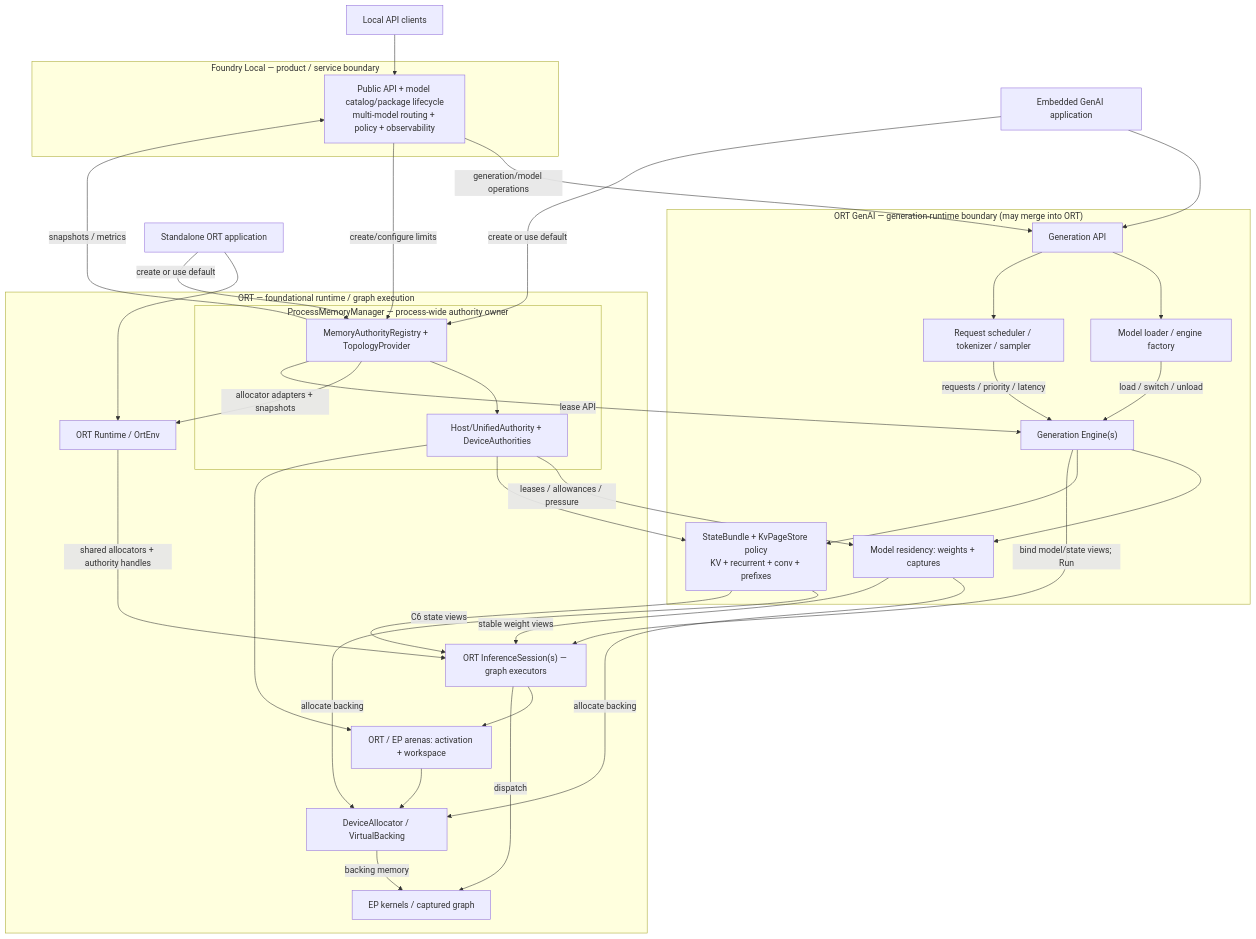
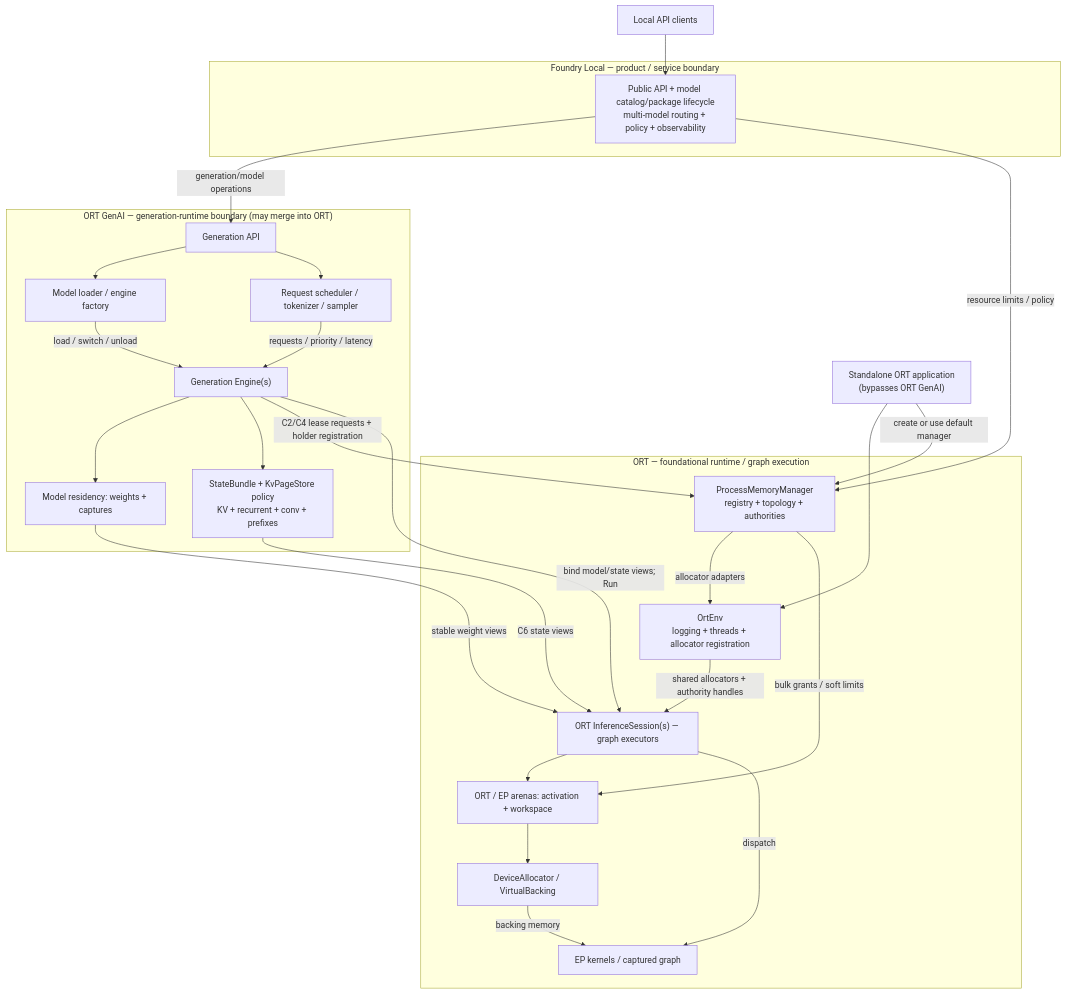
One commit to justinchuby/onnx-genai changed the diagram in docs/MEMORY_MANAGEMENT_MODEL_DESIGN.md. Above: the diagram before and after it, drawn with Mermaid. The commit also changed other lines of this file, not shown here.

Commit message:
docs: make architecture diagram acyclic

````diff
--- a/docs/MEMORY_MANAGEMENT_MODEL_DESIGN.md
+++ b/docs/MEMORY_MANAGEMENT_MODEL_DESIGN.md
@@ -56,60 +56,49 @@
 ```mermaid
 flowchart TD
     Client["Local API clients"] --> Foundry
-    Standalone["Standalone ORT application"] --> Env
-    Embedded["Embedded GenAI application"] --> GenApi
+    Standalone["Standalone ORT application<br/>(bypasses ORT GenAI)"]
 
     subgraph Product["Foundry Local — product / service boundary"]
         Foundry["Public API + model catalog/package lifecycle<br/>multi-model routing + policy + observability"]
     end
 
     subgraph Generation["ORT GenAI — generation-runtime boundary (may merge into ORT)"]
         GenApi["Generation API"]
         ModelRuntime["Model loader / engine factory"]
         RequestRuntime["Request scheduler / tokenizer / sampler"]
         Engine["Generation Engine(s)"]
         Weights["Model residency: weights + captures"]
         State["StateBundle + KvPageStore policy<br/>KV + recurrent + conv + prefixes"]
         GenApi --> ModelRuntime
         GenApi --> RequestRuntime
         ModelRuntime -->|"load / switch / unload"| Engine
         RequestRuntime -->|"requests / priority / latency"| Engine
         Engine --> Weights
         Engine --> State
     end
 
     subgraph ORTCore["ORT — foundational runtime / graph execution"]
-        subgraph Memory["ProcessMemoryManager — process-wide authority owner"]
-            Resources["MemoryAuthorityRegistry + TopologyProvider"]
-            Authorities["Host/UnifiedAuthority + DeviceAuthorities"]
-            Resources --> Authorities
-        end
-        Env["ORT Runtime / OrtEnv"]
+        Memory["ProcessMemoryManager<br/>registry + topology + authorities"]
+        Env["OrtEnv<br/>logging + threads + allocator registration"]
         Session["ORT InferenceSession(s) — graph executors"]
         Arenas["ORT / EP arenas: activation + workspace"]
         Allocators["DeviceAllocator / VirtualBacking"]
         Kernels["EP kernels / captured graph"]
-        Resources -->|"allocator adapters + snapshots"| Env
+        Memory -->|"allocator adapters"| Env
         Env -->|"shared allocators + authority handles"| Session
+        Memory -->|"bulk grants / soft limits"| Arenas
         Session --> Arenas
         Arenas --> Allocators
         Session -->|"dispatch"| Kernels
         Allocators -->|"backing memory"| Kernels
     end
 
     Foundry -->|"generation/model operations"| GenApi
-    Foundry -->|"create/configure limits"| Resources
-    Embedded -->|"create or use default"| Resources
-    Standalone -->|"create or use default"| Resources
-    Resources -->|"snapshots / metrics"| Foundry
-    Resources -->|"lease API"| Engine
+    Foundry -->|"resource limits / policy"| Memory
+    Standalone --> Env
+    Standalone -->|"create or use default manager"| Memory
+    Engine -->|"C2/C4 lease requests + holder registration"| Memory
     Engine -->|"bind model/state views; Run"| Session
-
-    Authorities -->|"leases / allowances / pressure"| Weights
-    Authorities --> State
-    Authorities --> Arenas
-    Weights -->|"allocate backing"| Allocators
-    State -->|"allocate backing"| Allocators
     Weights -->|"stable weight views"| Session
     State -->|"C6 state views"| Session
 ```
````
